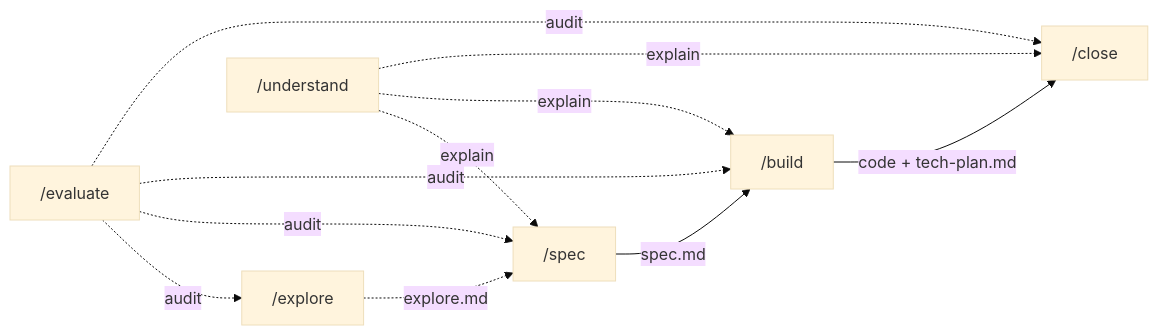
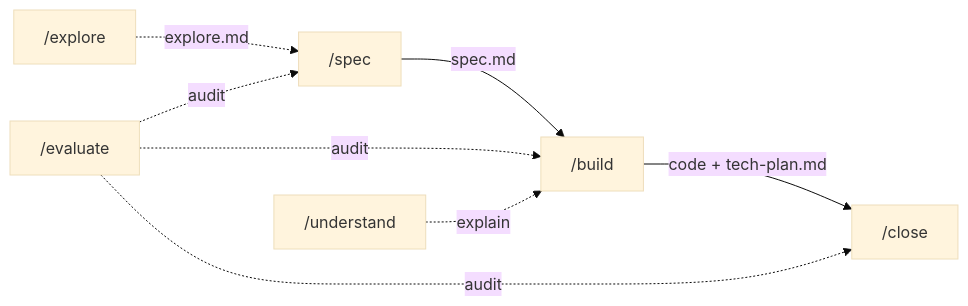
Before and after one commit to juanwmedia/craft: the diagram in README.md, drawn with Mermaid (base theme). The commit also changed other lines of this file and 17 other files, not shown here.

````diff
--- a/README.md
+++ b/README.md
@@ -29,15 +5,10 @@
 ```mermaid
 graph LR
     X["/explore"] -.->|explore.md| S["/spec"]
     S -->|spec.md| B["/build"]
     B -->|code + tech-plan.md| C["/close"]
-
-    E["/evaluate"] -.->|audit| X
-    E -.->|audit| S
+    E["/evaluate"] -.->|audit| S
     E -.->|audit| B
     E -.->|audit| C
-
-    U["/understand"] -.->|explain| S
-    U -.->|explain| B
-    U -.->|explain| C
+    U["/understand"] -.->|explain| B
 ```
````
